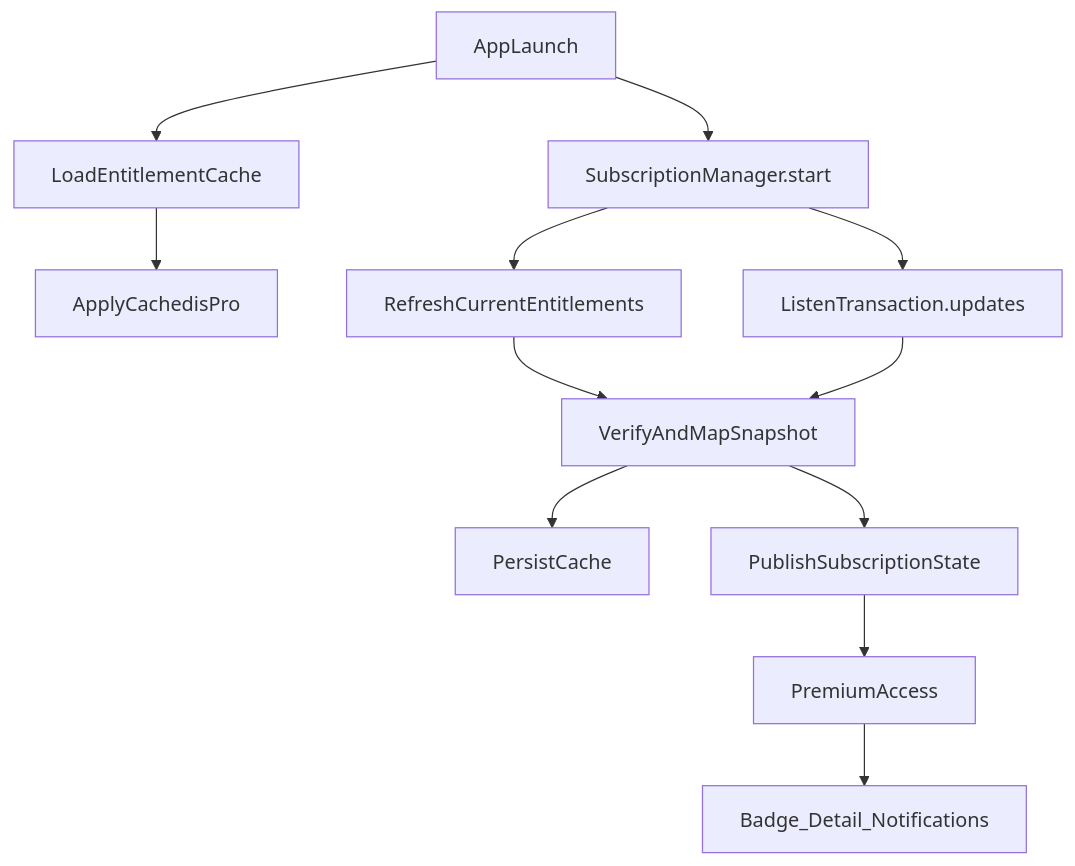
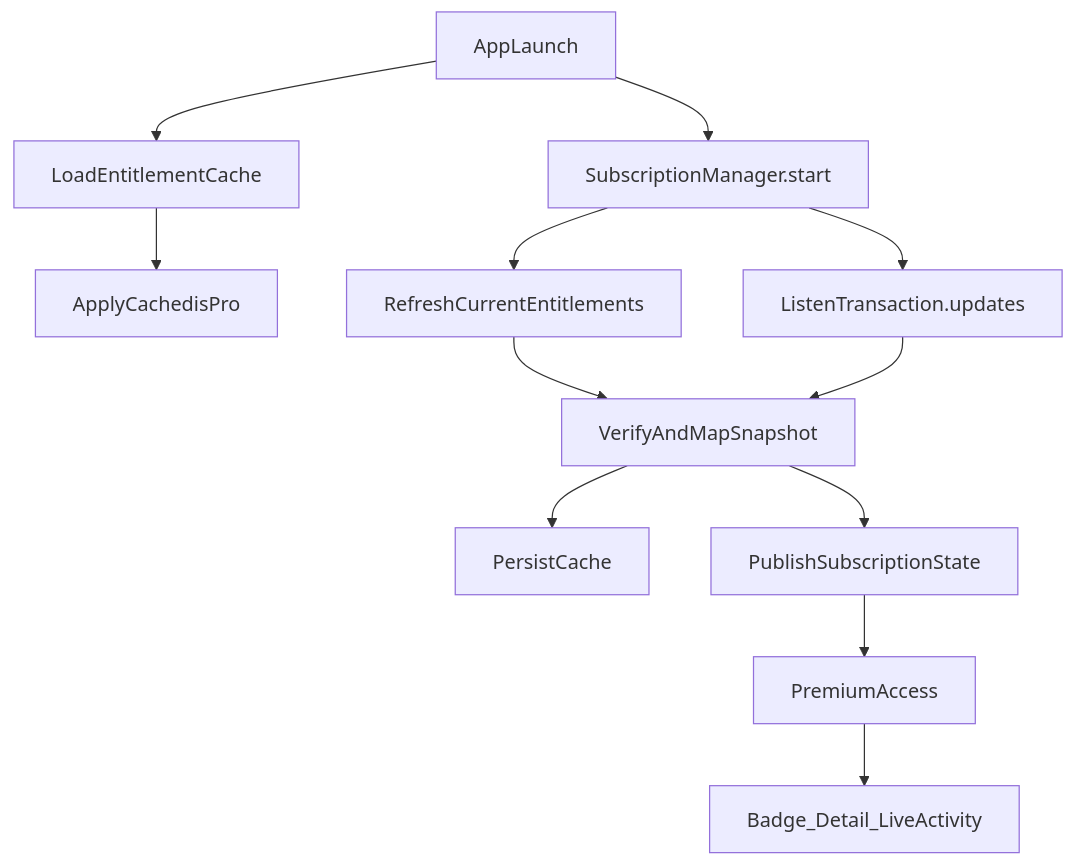
The second of 3 diagrams in docs/storekit-subscription-plan.md (vil4engineering/regional-check), drawn with Mermaid before and after one commit. The commit also changed other lines of this file and 5 other files, not shown here.

Commit message:
fix(subscriptions): reconcile Live Activity on Pro unlock and sync plan docs

````diff
--- a/docs/storekit-subscription-plan.md
+++ b/docs/storekit-subscription-plan.md
@@ -142,14 +141,14 @@
 ```mermaid
 flowchart TD
   launch[AppLaunch] --> cache[LoadEntitlementCache]
   cache --> ui[ApplyCachedisPro]
   launch --> start[SubscriptionManager.start]
   start --> current[RefreshCurrentEntitlements]
   start --> listen[ListenTransaction.updates]
   current --> verify[VerifyAndMapSnapshot]
   listen --> verify
   verify --> persist[PersistCache]
   verify --> publish[PublishSubscriptionState]
   publish --> gate[PremiumAccess]
-  gate --> features[Badge_Detail_Notifications]
+  gate --> features[Badge_Detail_LiveActivity]
 ```
````
